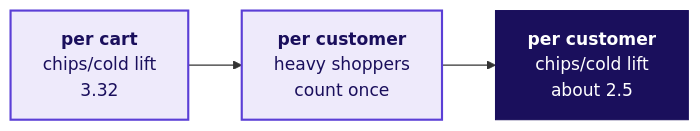
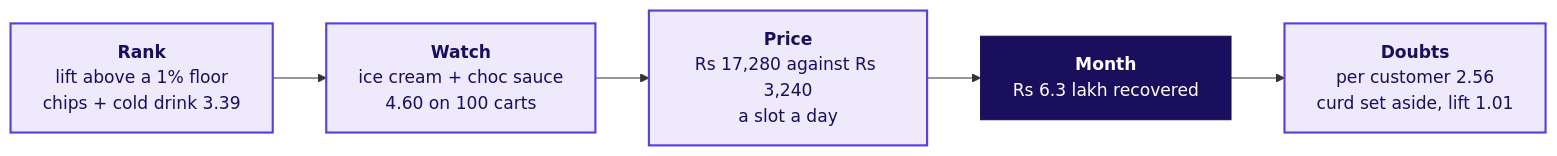
One commit to fde-academy-lab/c2-content-factory changed the fourth of 4 diagrams in content/W04/D3/slides/C2_W04_D03_half1_STUDENT.md. Above: the diagram before and after it, drawn with Mermaid. The commit also changed other lines of this file and 37 other files, not shown here.

````diff
--- a/content/W04/D3/slides/C2_W04_D03_half1_STUDENT.md
+++ b/content/W04/D3/slides/C2_W04_D03_half1_STUDENT.md
@@ -481,9 +712,11 @@
 ```mermaid
 flowchart LR
-    A["<b>per cart</b><br/>chips/cold lift<br/>3.32"] --> B["<b>per customer</b><br/>heavy shoppers<br/>count once"]
-    B --> C["<b>per customer</b><br/>chips/cold lift<br/>about 2.5"]
+    R["<b>Rank</b><br/>lift above a 1% floor<br/>chips + cold drink 3.39"] --> W["<b>Watch</b><br/>ice cream + choc sauce<br/>4.60 on 100 carts"]
+    W --> P["<b>Price</b><br/>Rs 17,280 against Rs 3,240<br/>a slot a day"]
+    P --> M["<b>Month</b><br/>Rs 6.3 lakh recovered"]
+    M --> D["<b>Doubts</b><br/>per customer 2.56<br/>curd set aside, lift 1.01"]
     classDef lit fill:#1A0F5C,stroke:#1A0F5C,color:#FFFFFF
     classDef known fill:#EEEAFB,stroke:#5B3FD6,color:#1A0F5C,stroke-width:2px
-    class A,B known
-    class C lit
+    class R,W,P,D known
+    class M lit
 ```
````
